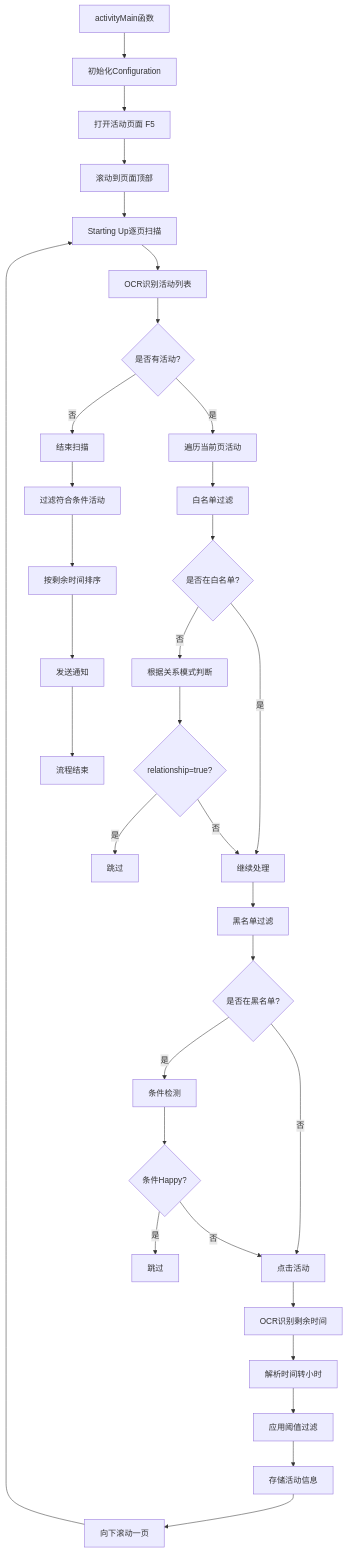
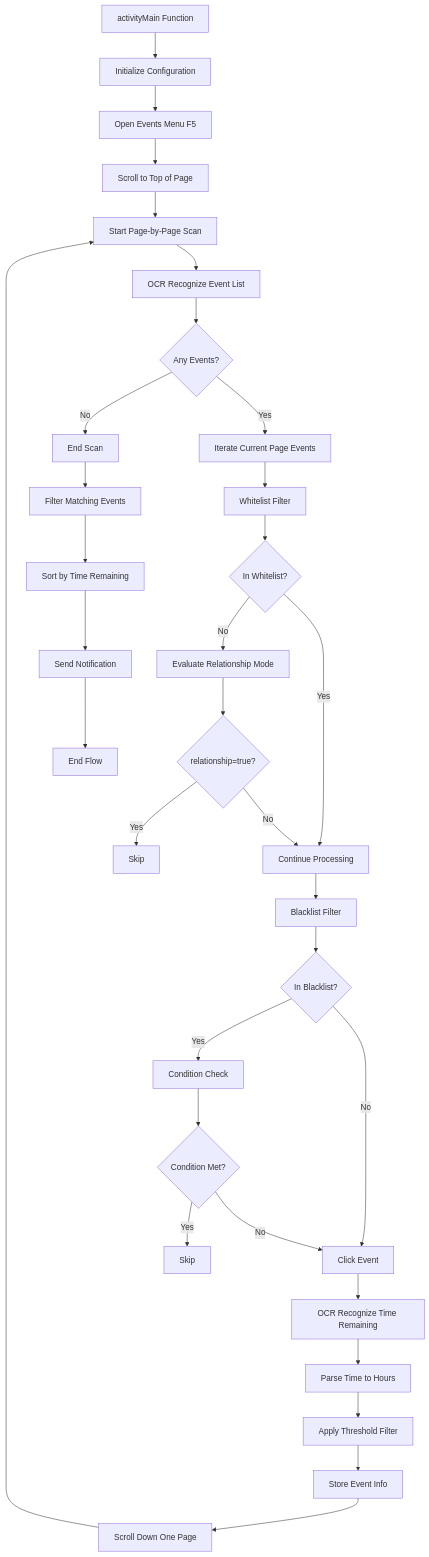
Before and after one commit to krammarkro/bettergi-scripts-list-en: the second of 7 diagrams in repo/js/ActivitySwitchNotice/README.md, drawn with Mermaid. The commit also changed other lines of this file and 91 other files, not shown here.

````diff
--- a/repo/js/ActivitySwitchNotice/README.md
+++ b/repo/js/ActivitySwitchNotice/README.md
@@ -70,35 +70,35 @@
 ```mermaid
 graph TD
-    A[activityMain函数] --> B[初始化Configuration]
-    B --> C[打开活动页面 F5]
-    C --> D[滚动到页面顶部]
-    D --> E[Starting Up逐页扫描]
-    E --> F[OCR识别活动列表]
-    F --> G{是否有活动?}
-    G -->|否| H[结束扫描]
-    G -->|是| I[遍历当前页活动]
-    I --> J[白名单过滤]
-    J --> K{是否在白名单?}
-    K -->|是| L[继续处理]
-    K -->|否| M[根据关系模式判断]
+    A[activityMain Function] --> B[Initialize Configuration]
+    B --> C[Open Events Menu F5]
+    C --> D[Scroll to Top of Page]
+    D --> E[Start Page-by-Page Scan]
+    E --> F[OCR Recognize Event List]
+    F --> G{Any Events?}
+    G -->|No| H[End Scan]
+    G -->|Yes| I[Iterate Current Page Events]
+    I --> J[Whitelist Filter]
+    J --> K{In Whitelist?}
+    K -->|Yes| L[Continue Processing]
+    K -->|No| M[Evaluate Relationship Mode]
     M --> N{relationship=true?}
-    N -->|是| O[跳过]
-    N -->|否| L[继续处理]
-    L --> P[黑名单过滤]
-    P --> Q{是否在黑名单?}
-    Q -->|是| R[条件检测]
-    Q -->|否| S[点击活动]
-    R --> T{条件Happy?}
-    T -->|是| U[跳过]
-    T -->|否| S[点击活动]
-    S --> V[OCR识别剩余时间]
-    V --> W[解析时间转小时]
-    W --> X[应用阈值过滤]
-    X --> Y[存储活动信息]
-    Y --> Z[向下滚动一页]
+    N -->|Yes| O[Skip]
+    N -->|No| L[Continue Processing]
+    L --> P[Blacklist Filter]
+    P --> Q{In Blacklist?}
+    Q -->|Yes| R[Condition Check]
+    Q -->|No| S[Click Event]
+    R --> T{Condition Met?}
+    T -->|Yes| U[Skip]
+    T -->|No| S[Click Event]
+    S --> V[OCR Recognize Time Remaining]
+    V --> W[Parse Time to Hours]
+    W --> X[Apply Threshold Filter]
+    X --> Y[Store Event Info]
+    Y --> Z[Scroll Down One Page]
     Z --> E
-    H --> AA[过滤符合条件活动]
-    AA --> BB[按剩余时间排序]
-    BB --> CC[发送通知]
-    CC --> DD[流程结束]
+    H --> AA[Filter Matching Events]
+    AA --> BB[Sort by Time Remaining]
+    BB --> CC[Send Notification]
+    CC --> DD[End Flow]
 ```
````
